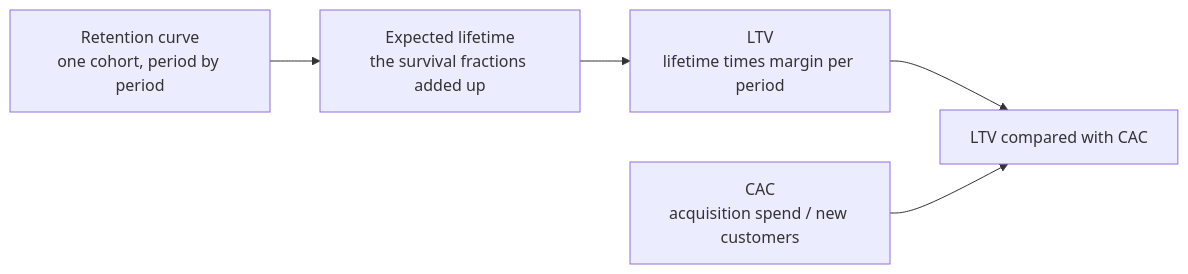
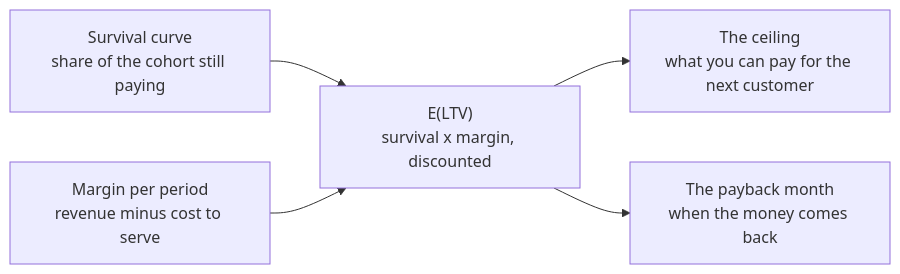
One commit to h3qing/open-analytics-framework changed the diagram in docs/metrics/ltv.md. Above: the diagram before and after it, drawn with Mermaid. The commit also changed other lines of this file and 4 other files, not shown here.

````diff
--- a/docs/metrics/ltv.md
+++ b/docs/metrics/ltv.md
@@ -36,7 +42,7 @@
 ```mermaid
 flowchart LR
-    C["Retention curve<br/>one cohort, period by period"] --> L["Expected lifetime<br/>the survival fractions added up"]
-    L --> V["LTV<br/>lifetime times margin per period"]
-    V --> R["LTV compared with CAC"]
-    A["CAC<br/>acquisition spend / new customers"] --> R
+    C["Survival curve<br/>share of the cohort still paying"] --> V["E(LTV)<br/>survival x margin, discounted"]
+    M["Margin per period<br/>revenue minus cost to serve"] --> V
+    V --> R["The ceiling<br/>what you can pay for the next customer"]
+    V --> P["The payback month<br/>when the money comes back"]
 ```
````
